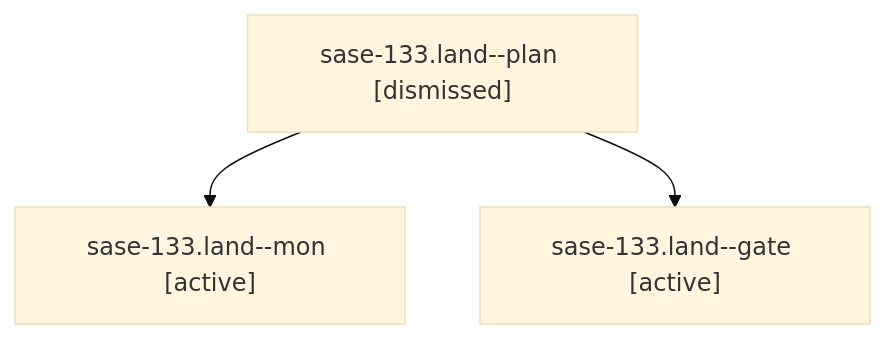
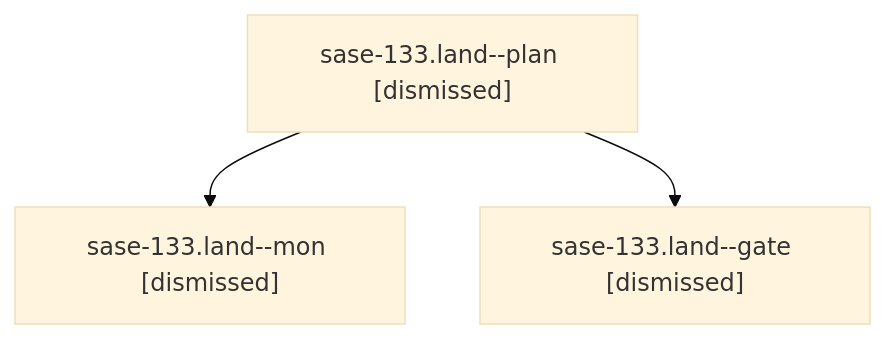
Before and after one commit to sase-org/sase--agents: the diagram in sessions/bbugyi200.athena.sase-133.land.md, drawn with Mermaid (base theme). The commit also changed other lines of this file and 118 other files, not shown here.

````diff
--- a/sessions/bbugyi200.athena.sase-133.land.md
+++ b/sessions/bbugyi200.athena.sase-133.land.md
@@ -9,8 +9,8 @@
 ```mermaid
 flowchart TD
   n0["sase-133.land--plan [dismissed]"]
-  n1["sase-133.land--mon [active]"]
+  n1["sase-133.land--mon [dismissed]"]
   n0 --> n1
-  n2["sase-133.land--gate [active]"]
+  n2["sase-133.land--gate [dismissed]"]
   n0 --> n2
 ```
````
